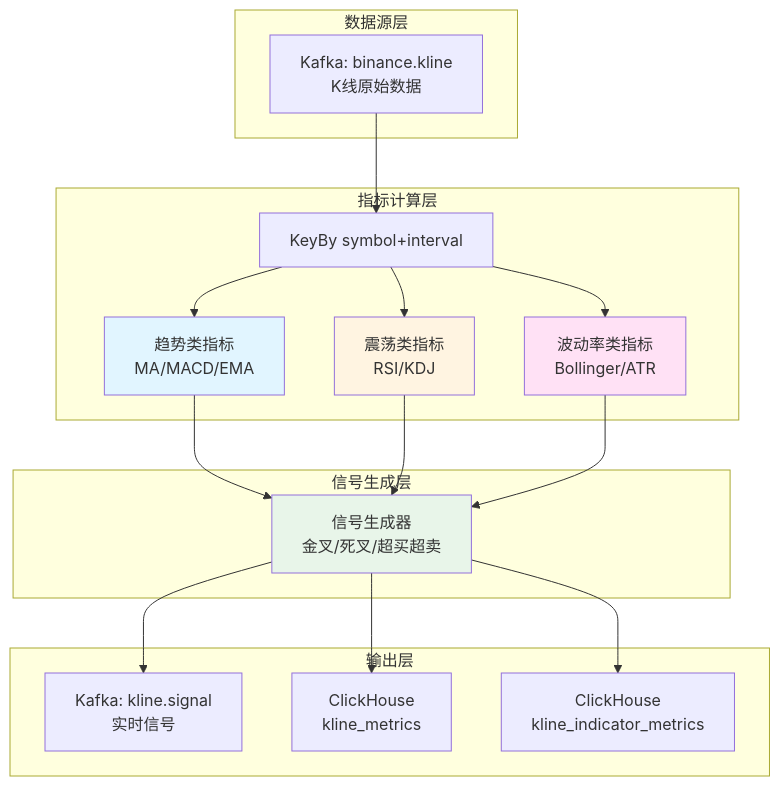
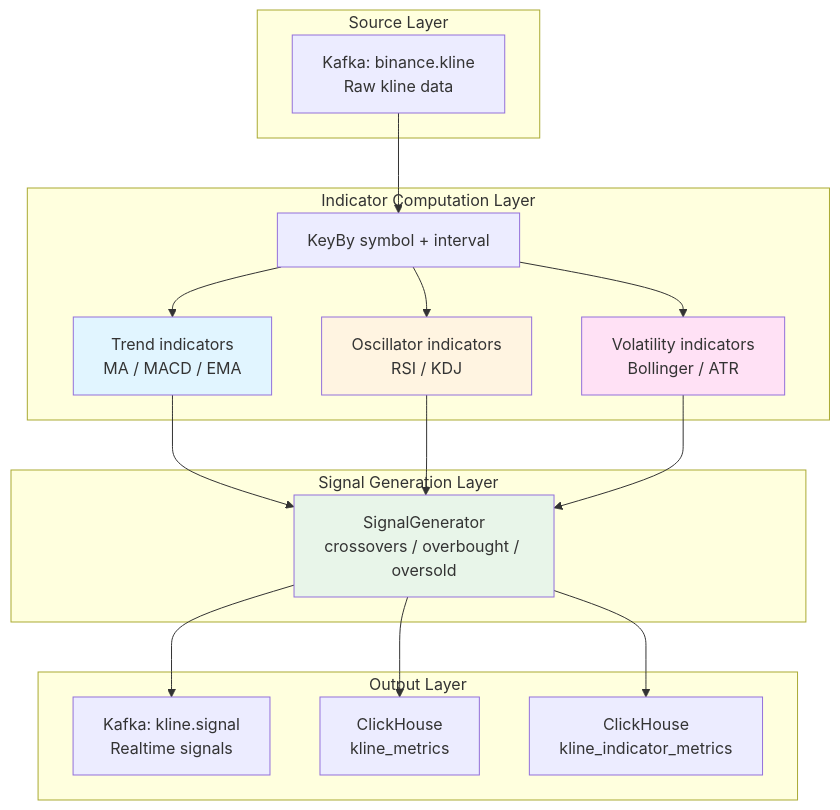
One commit to sjtutwilight/CryptoAgent changed diagram 11 of 12 in README.md. Above: the diagram before and after it, drawn with Mermaid. The commit also changed other lines of this file, not shown here.

````diff
--- a/README.md
+++ b/README.md
@@ -748,31 +920,31 @@
 ```mermaid
 graph TB
-    subgraph "数据源层"
-        K1[Kafka: binance.kline<br/>K线原始数据]
+    subgraph "Source Layer"
+        K1[Kafka: binance.kline<br/>Raw kline data]
     end
 
-    subgraph "指标计算层"
-        K1 --> KB[KeyBy symbol+interval]
-        KB --> T1[趋势类指标<br/>MA/MACD/EMA]
-        KB --> T2[震荡类指标<br/>RSI/KDJ]
-        KB --> T3[波动率类指标<br/>Bollinger/ATR]
+    subgraph "Indicator Computation Layer"
+        K1 --> KB[KeyBy symbol + interval]
+        KB --> T1[Trend indicators<br/>MA / MACD / EMA]
+        KB --> T2[Oscillator indicators<br/>RSI / KDJ]
+        KB --> T3[Volatility indicators<br/>Bollinger / ATR]
     end
 
-    subgraph "信号生成层"
-        T1 --> SG[信号生成器<br/>金叉/死叉/超买超卖]
+    subgraph "Signal Generation Layer"
+        T1 --> SG[SignalGenerator<br/>crossovers / overbought / oversold]
         T2 --> SG
         T3 --> SG
     end
 
-    subgraph "输出层"
-        SG --> O1[Kafka: kline.signal<br/>实时信号]
+    subgraph "Output Layer"
+        SG --> O1[Kafka: kline.signal<br/>Realtime signals]
         SG --> O2[ClickHouse<br/>kline_metrics]
         SG --> O3[ClickHouse<br/>kline_indicator_metrics]
     end
 
     style T1 fill:#e1f5ff
     style T2 fill:#fff4e1
     style T3 fill:#ffe1f5
     style SG fill:#e8f5e9
 
 ```
````
